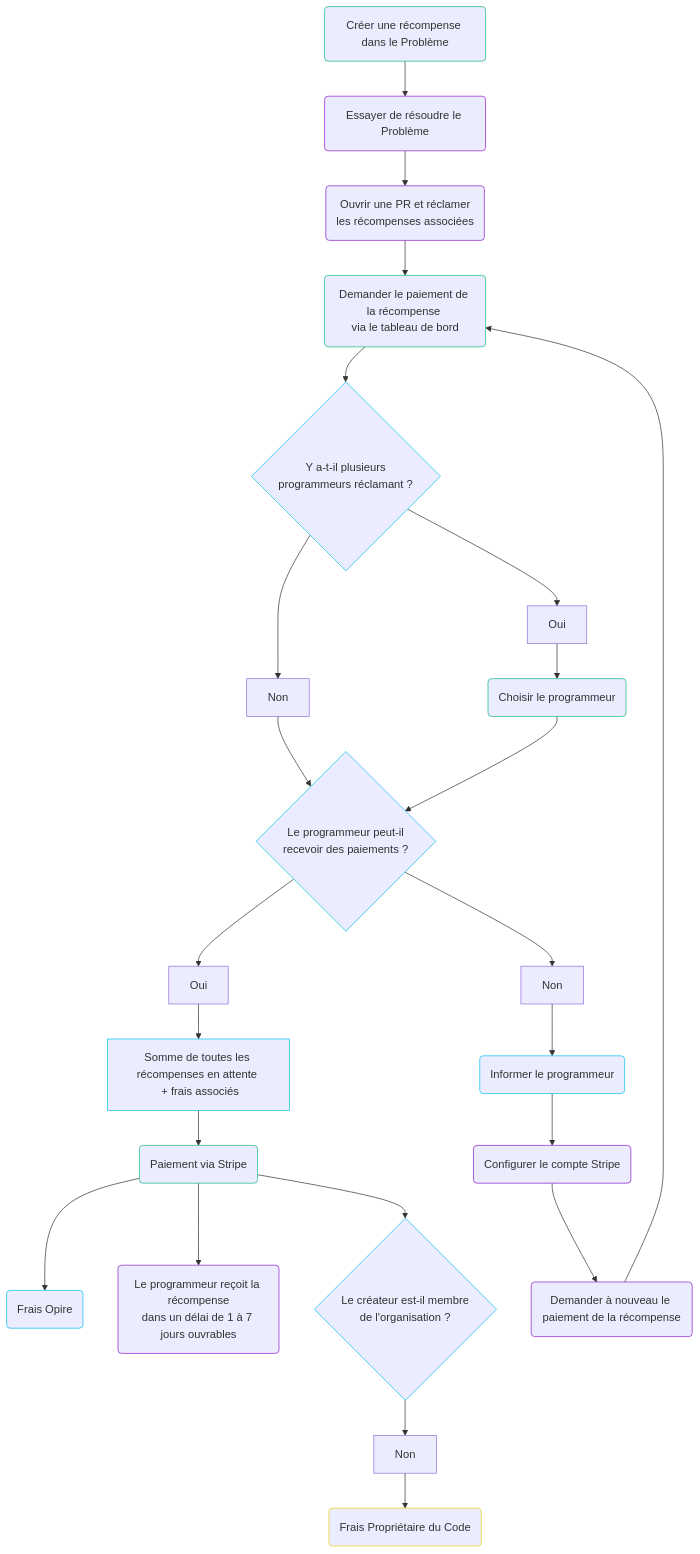
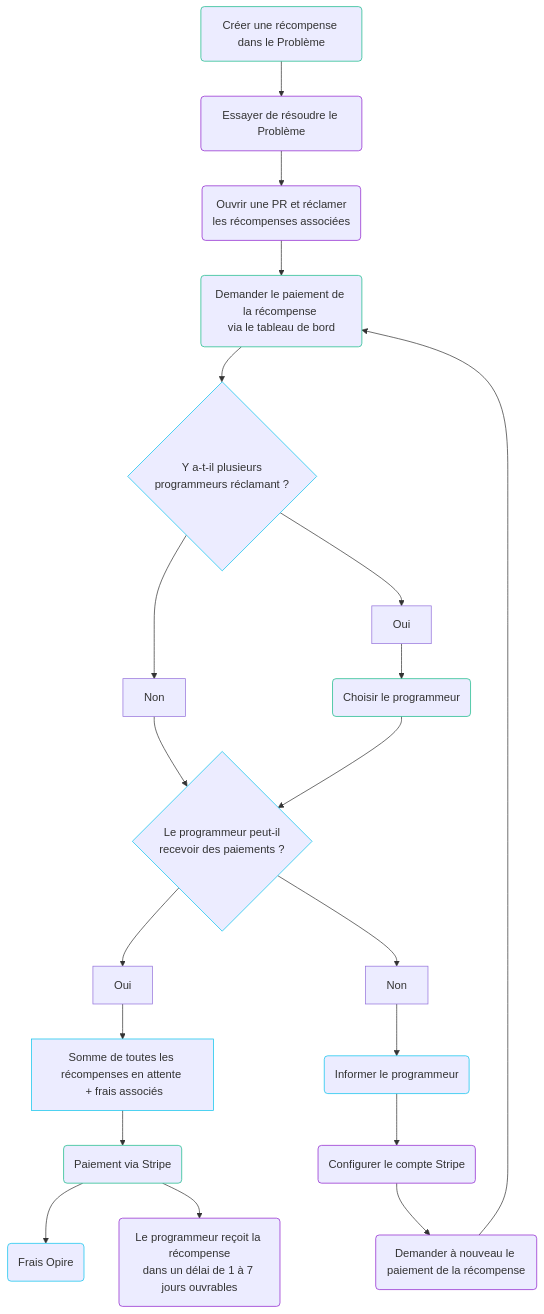
One commit to Opire/docs changed the diagram in pages/rewards/lifecycle.fr.mdx. Above: the diagram before and after it, drawn with Mermaid. The commit also changed other lines of this file and 34 other files, not shown here.

Commit message:
Remove code owner fee references

````diff
--- a/pages/rewards/lifecycle.fr.mdx
+++ b/pages/rewards/lifecycle.fr.mdx
@@ -37,22 +29,21 @@
 ```mermaid
 flowchart TD
     classDef opire stroke:#06C2EC
     classDef creator stroke:#12b886
     classDef programmer stroke:#8D1DCD
     classDef codeowner stroke:#E7CE1B
     create_reward(Créer une récompense dans le Problème):::creator --> try_to_solve(Essayer de résoudre le Problème):::programmer
     try_to_solve --> claim_rewards(Ouvrir une PR et réclamer <br/>les récompenses associées):::programmer
     claim_rewards --> pay_request(Demander le paiement de la récompense <br/>via le tableau de bord):::creator
     pay_request --> multiple_programmers{Y a-t-il plusieurs<br/>programmeurs réclamant ?}:::opire
     multiple_programmers --> multiple_programmers_no[Non] --> can_programmer_be_paid{Le programmeur peut-il<br/>recevoir des paiements ?}:::opire
     multiple_programmers --> multiple_programmers_yes[Oui] --> choose_programmer(Choisir le programmeur):::creator --> can_programmer_be_paid
     can_programmer_be_paid --> can_programmer_be_paid_yes[Oui] --> sum_rewards_amount[Somme de toutes les récompenses en attente <br/> + frais associés]:::opire
     sum_rewards_amount --> pay_from_stripe(Paiement via Stripe):::creator
     pay_from_stripe --> opire_fee(Frais Opire):::opire
     pay_from_stripe --> programmer_payment(Le programmeur reçoit la récompense<br/>dans un délai de 1 à 7 jours ouvrables):::programmer
-    pay_from_stripe --> creator_is_member{Le créateur est-il membre<br/>de l'organisation ?}:::opire -->  creator_is_not_member[Non] --> codeowner_fee(Frais Propriétaire du Code):::codeowner
     can_programmer_be_paid --> can_programmer_be_paid_no[Non] --> D(Informer le programmeur):::opire
     D --> H(Configurer le compte Stripe):::programmer
     H --> I(Demander à nouveau le paiement de la récompense):::programmer
     I --> pay_request
 ```
````
